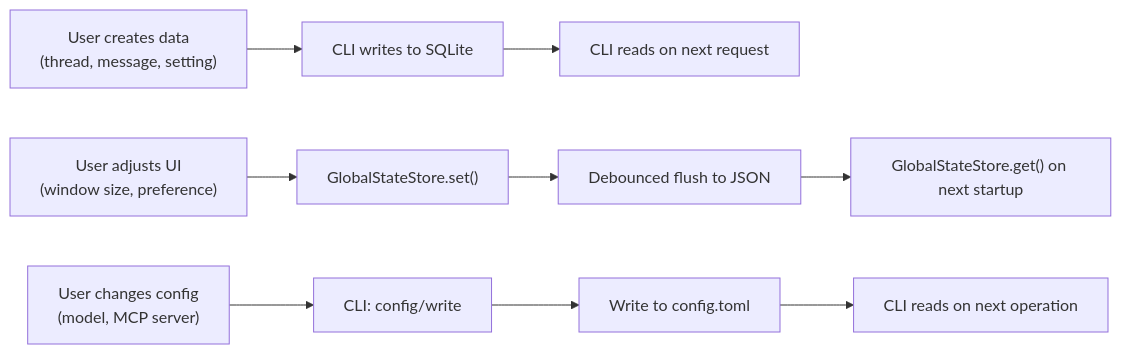
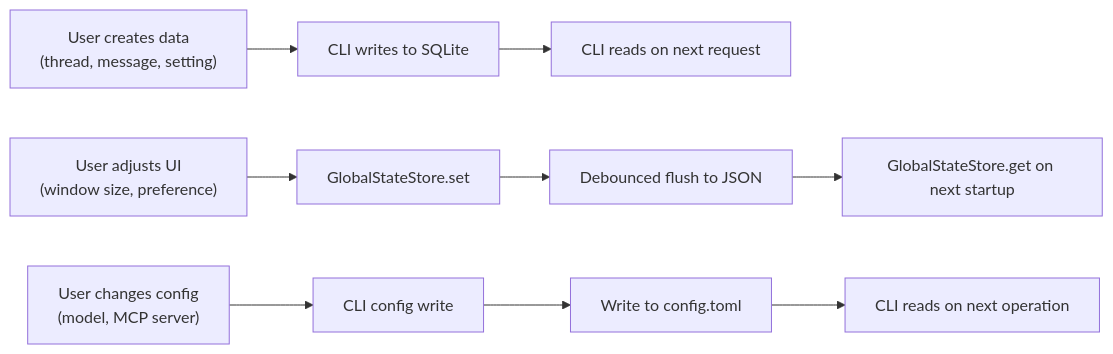
The second of 2 diagrams in 14-state-persistence.md (ChrisFeldmeier/codex-research), drawn with Mermaid before and after one commit. The commit also changed other lines of this file and 14 other files, not shown here.

Commit message:
Refactor mermaid diagrams to flowchart syntax and enhance label descriptions across multiple documentation files

````diff
--- a/14-state-persistence.md
+++ b/14-state-persistence.md
@@ -134,16 +134,16 @@
 ```mermaid
 flowchart LR
     CREATE["User creates data<br/>(thread, message, setting)"]
     CREATE --> CLI_WRITE["CLI writes to SQLite"]
     CLI_WRITE --> CLI_READ["CLI reads on next request"]
 
     CREATE2["User adjusts UI<br/>(window size, preference)"]
-    CREATE2 --> GS_WRITE["GlobalStateStore.set()"]
+    CREATE2 --> GS_WRITE["GlobalStateStore.set"]
     GS_WRITE --> GS_FLUSH["Debounced flush to JSON"]
-    GS_FLUSH --> GS_READ["GlobalStateStore.get() on next startup"]
+    GS_FLUSH --> GS_READ["GlobalStateStore.get on next startup"]
 
     CREATE3["User changes config<br/>(model, MCP server)"]
-    CREATE3 --> CONFIG_WRITE["CLI: config/write"]
+    CREATE3 --> CONFIG_WRITE["CLI config write"]
     CONFIG_WRITE --> TOML["Write to config.toml"]
     TOML --> CONFIG_READ["CLI reads on next operation"]
 ```
````
